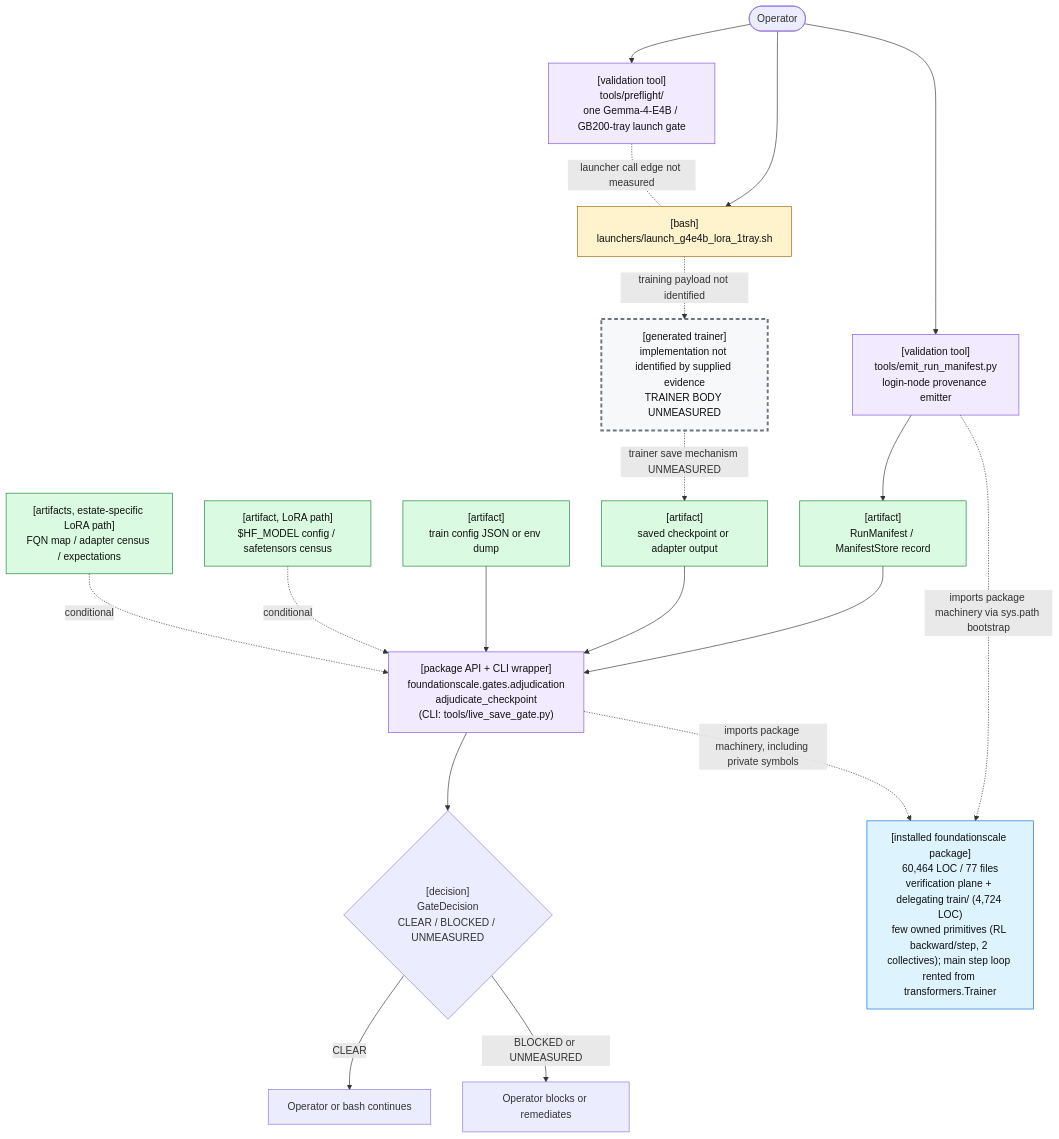
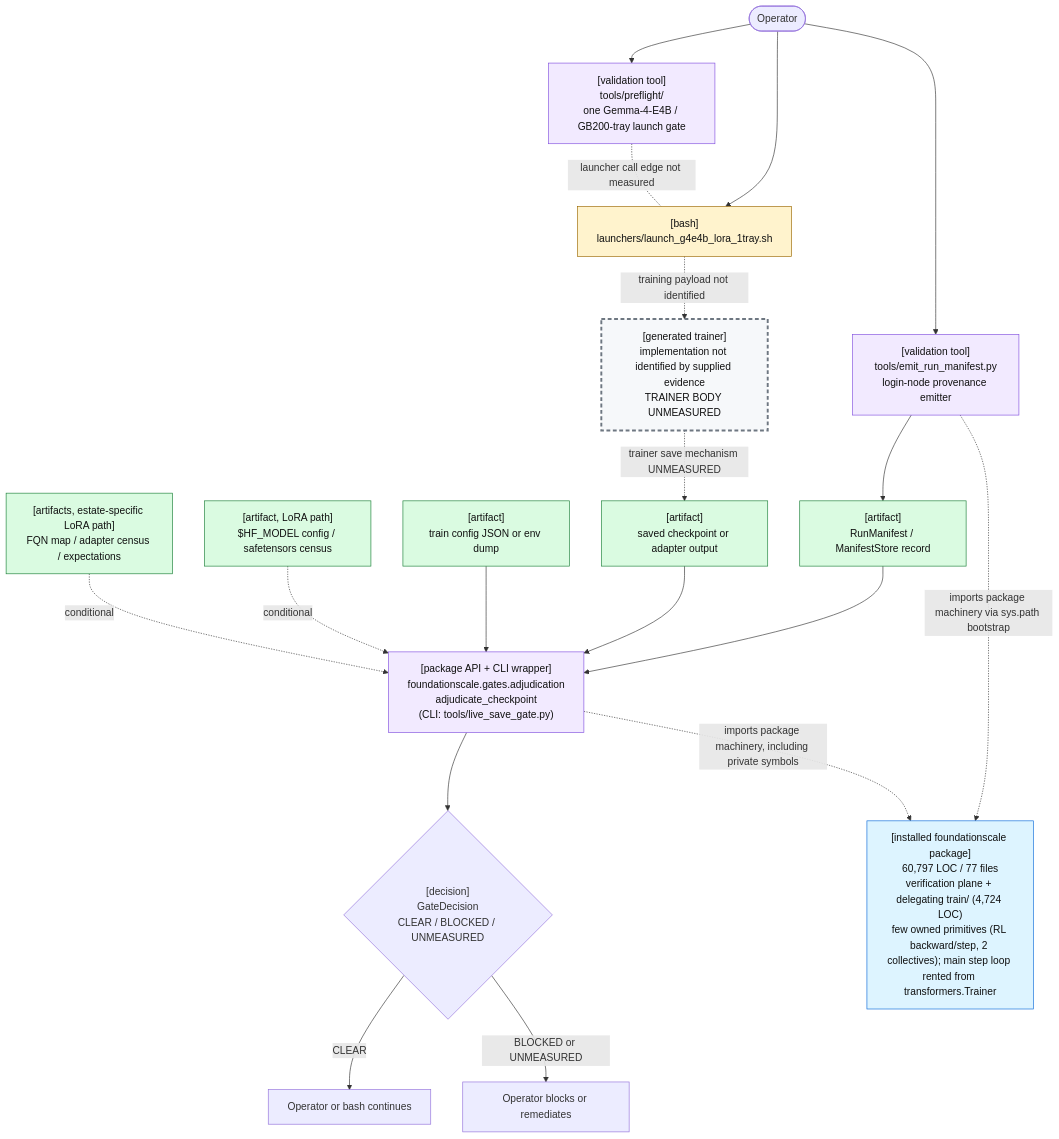
One commit to TranNhiem/FoundationScale changed the first of 2 diagrams in docs/review/D2_current_architecture.md. Above: the diagram before and after it, drawn with Mermaid. The commit also changed other lines of this file and 21 other files, not shown here.

````diff
--- a/docs/review/D2_current_architecture.md
+++ b/docs/review/D2_current_architecture.md
@@ -25,59 +25,59 @@
 ```mermaid
 flowchart TB
   O(["Operator"])
 
   PF["[validation tool]<br/>tools/preflight/<br/>one Gemma-4-E4B / GB200-tray launch gate"]
   L["[bash]<br/>launchers/launch_g4e4b_lora_1tray.sh"]
 
   E["[validation tool]<br/>tools/emit_run_manifest.py<br/>login-node provenance emitter"]
   M["[artifact]<br/>RunManifest / ManifestStore record"]
 
   T["[generated trainer]<br/>implementation not identified by supplied evidence<br/>TRAINER BODY UNMEASURED"]
   C["[artifact]<br/>saved checkpoint or adapter output"]
 
   G["[package API + CLI wrapper]<br/>foundationscale.gates.adjudication<br/>adjudicate_checkpoint<br/>(CLI: tools/live_save_gate.py)"]
   CFG["[artifact]<br/>train config JSON or env dump"]
   BASE["[artifact, LoRA path]<br/>$HF_MODEL config / safetensors census"]
   CEN["[artifacts, estate-specific LoRA path]<br/>FQN map / adapter census / expectations"]
 
   D{"[decision]<br/>GateDecision<br/>CLEAR / BLOCKED / UNMEASURED"}
   OK["Operator or bash continues"]
   NO["Operator blocks or remediates"]
 
-  PKG["[installed foundationscale package]<br/>60,464 LOC / 77 files<br/>verification plane + delegating train/ (4,724 LOC)<br/>few owned primitives (RL backward/step, 2 collectives); main step loop rented from transformers.Trainer"]
+  PKG["[installed foundationscale package]<br/>60,797 LOC / 77 files<br/>verification plane + delegating train/ (4,724 LOC)<br/>few owned primitives (RL backward/step, 2 collectives); main step loop rented from transformers.Trainer"]
 
   O --> PF
   O --> L
   PF -. "launcher call edge not measured" .- L
 
   O --> E
   E --> M
 
   L -. "training payload not identified" .-> T
   T -. "trainer save mechanism UNMEASURED" .-> C
 
   M --> G
   C --> G
   CFG --> G
   BASE -. "conditional" .-> G
   CEN -. "conditional" .-> G
 
   E -. "imports package machinery via sys.path bootstrap" .-> PKG
   G -. "imports package machinery, including private symbols" .-> PKG
 
   G --> D
   D -->|"CLEAR"| OK
   D -->|"BLOCKED or UNMEASURED"| NO
 
   classDef bash fill:#fff3cd,stroke:#9a6700,color:#111;
   classDef tool fill:#f2eaff,stroke:#8250df,color:#111;
   classDef artifact fill:#dafbe1,stroke:#1a7f37,color:#111;
   classDef gap fill:#f6f8fa,stroke:#6e7781,stroke-width:3px,stroke-dasharray: 6 4,color:#111;
   classDef pkg fill:#ddf4ff,stroke:#0969da,color:#111;
 
   class L bash;
   class PF,E,G tool;
   class M,C,CFG,BASE,CEN artifact;
   class T gap;
   class PKG pkg;
 ```
````
